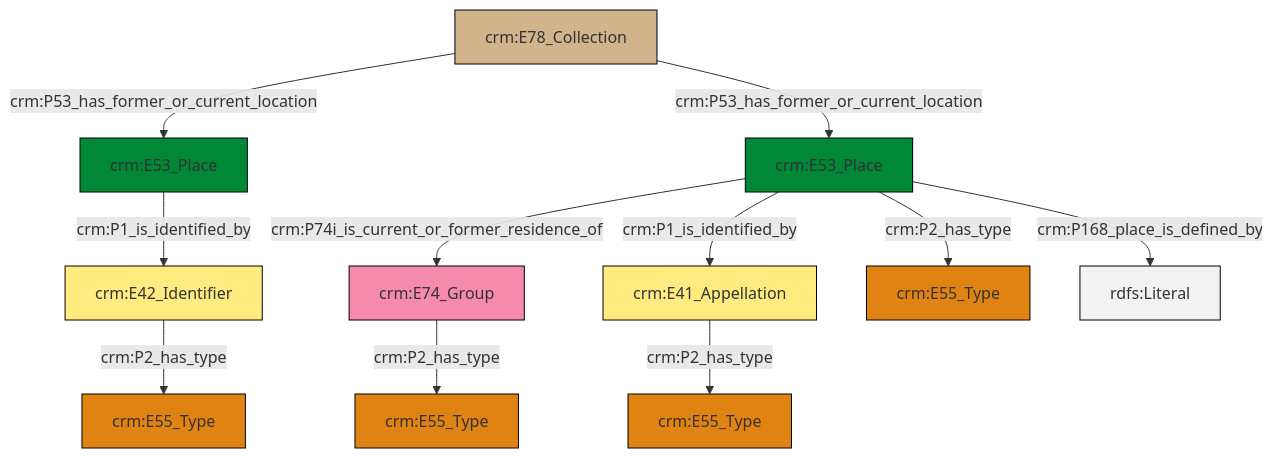
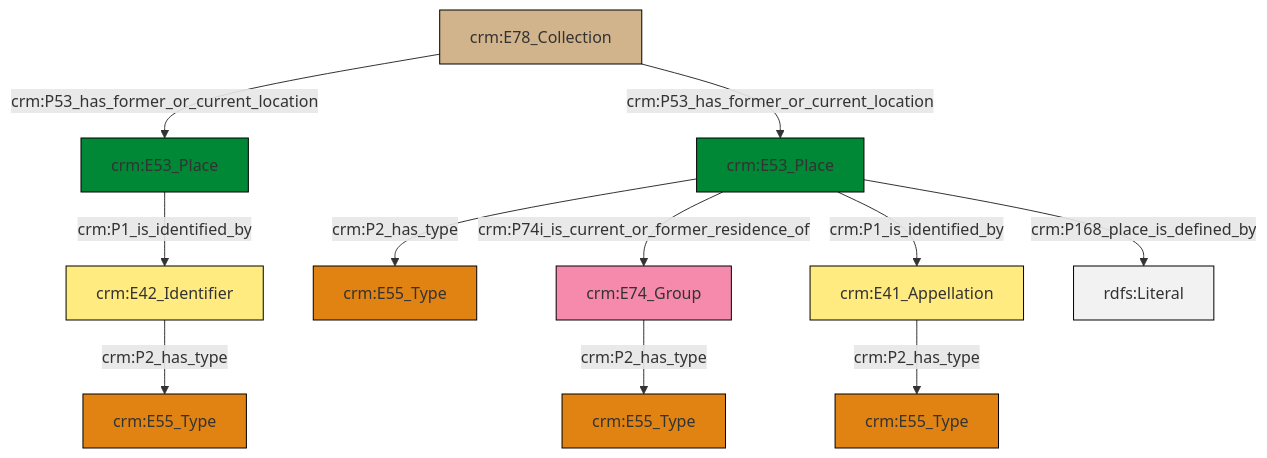
The diagram in et/archivalCSV/ttl/mmd/archival_location.ttl.mmd (swiss-art-research-net/docs.swissartresearch), drawn with Mermaid before and after one commit. The commit also changed 204 other files, not shown here.

```diff
--- a/et/archivalCSV/ttl/mmd/archival_location.ttl.mmd
+++ b/et/archivalCSV/ttl/mmd/archival_location.ttl.mmd
@@ -1,25 +1,25 @@
 graph TD
 classDef Literal fill:#f2f2f2,stroke:#000000;
 classDef CRM_Entity fill:#FFFFFF,stroke:#000000;
 classDef Temporal_Entity fill:#00C9E6, stroke:#000000;
 classDef Type fill:#E18312, stroke:#000000;
 classDef Time-Span fill:#2C9C91, stroke:#000000;
 classDef Appellation fill:#FFEB7F, stroke:#000000;
 classDef Place fill:#008836, stroke:#000000;
 classDef Persistent_Item fill:#B266B2, stroke:#000000;
 classDef Conceptual_Object fill:#FFD700, stroke:#000000;
 classDef Physical_Thing fill:#D2B48C, stroke:#000000;
 classDef Actor fill:#f58aad, stroke:#000000;
 classDef PC_Classes fill:#4ce600, stroke:#000000;
 classDef Multi fill:#cccccc,stroke:#000000;
 
-7["crm:E42_Identifier"]:::Appellation -->|crm:P2_has_type| 8["crm:E55_Type"]:::Type
-12["crm:E53_Place"]:::Place -->|crm:P2_has_type| 13["crm:E55_Type"]:::Type
-12["crm:E53_Place"]:::Place -->|crm:P168_place_is_defined_by| 17[rdfs:Literal]:::Literal
-12["crm:E53_Place"]:::Place -->|crm:P74i_is_current_or_former_residence_of| 5["crm:E74_Group"]:::Actor
-14["crm:E78_Collection"]:::Physical_Thing -->|crm:P53_has_former_or_current_location| 18["crm:E53_Place"]:::Place
-0["crm:E41_Appellation"]:::Appellation -->|crm:P2_has_type| 9["crm:E55_Type"]:::Type
-14["crm:E78_Collection"]:::Physical_Thing -->|crm:P53_has_former_or_current_location| 12["crm:E53_Place"]:::Place
-12["crm:E53_Place"]:::Place -->|crm:P1_is_identified_by| 0["crm:E41_Appellation"]:::Appellation
-18["crm:E53_Place"]:::Place -->|crm:P1_is_identified_by| 7["crm:E42_Identifier"]:::Appellation
-5["crm:E74_Group"]:::Actor -->|crm:P2_has_type| 2["crm:E55_Type"]:::Type
+6["crm:E74_Group"]:::Actor -->|crm:P2_has_type| 0["crm:E55_Type"]:::Type
+7["crm:E78_Collection"]:::Physical_Thing -->|crm:P53_has_former_or_current_location| 2["crm:E53_Place"]:::Place
+15["crm:E41_Appellation"]:::Appellation -->|crm:P2_has_type| 4["crm:E55_Type"]:::Type
+2["crm:E53_Place"]:::Place -->|crm:P1_is_identified_by| 17["crm:E42_Identifier"]:::Appellation
+13["crm:E53_Place"]:::Place -->|crm:P168_place_is_defined_by| 18[rdfs:Literal]:::Literal
+13["crm:E53_Place"]:::Place -->|crm:P74i_is_current_or_former_residence_of| 6["crm:E74_Group"]:::Actor
+13["crm:E53_Place"]:::Place -->|crm:P2_has_type| 9["crm:E55_Type"]:::Type
+7["crm:E78_Collection"]:::Physical_Thing -->|crm:P53_has_former_or_current_location| 13["crm:E53_Place"]:::Place
+13["crm:E53_Place"]:::Place -->|crm:P1_is_identified_by| 15["crm:E41_Appellation"]:::Appellation
+17["crm:E42_Identifier"]:::Appellation -->|crm:P2_has_type| 11["crm:E55_Type"]:::Type
```
